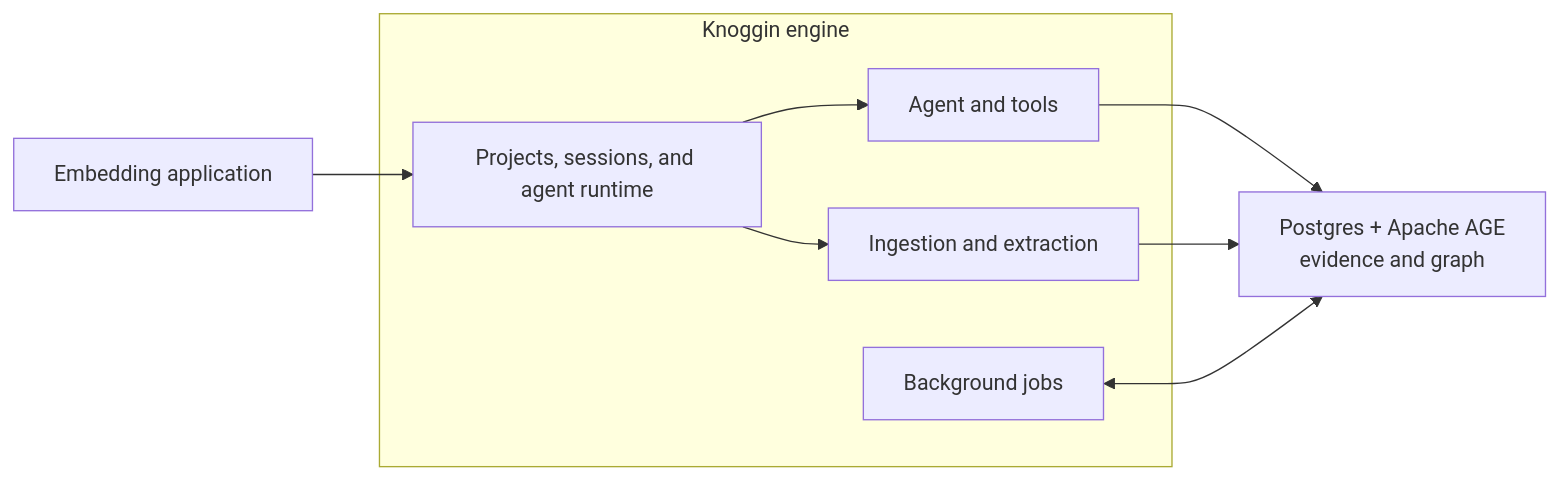
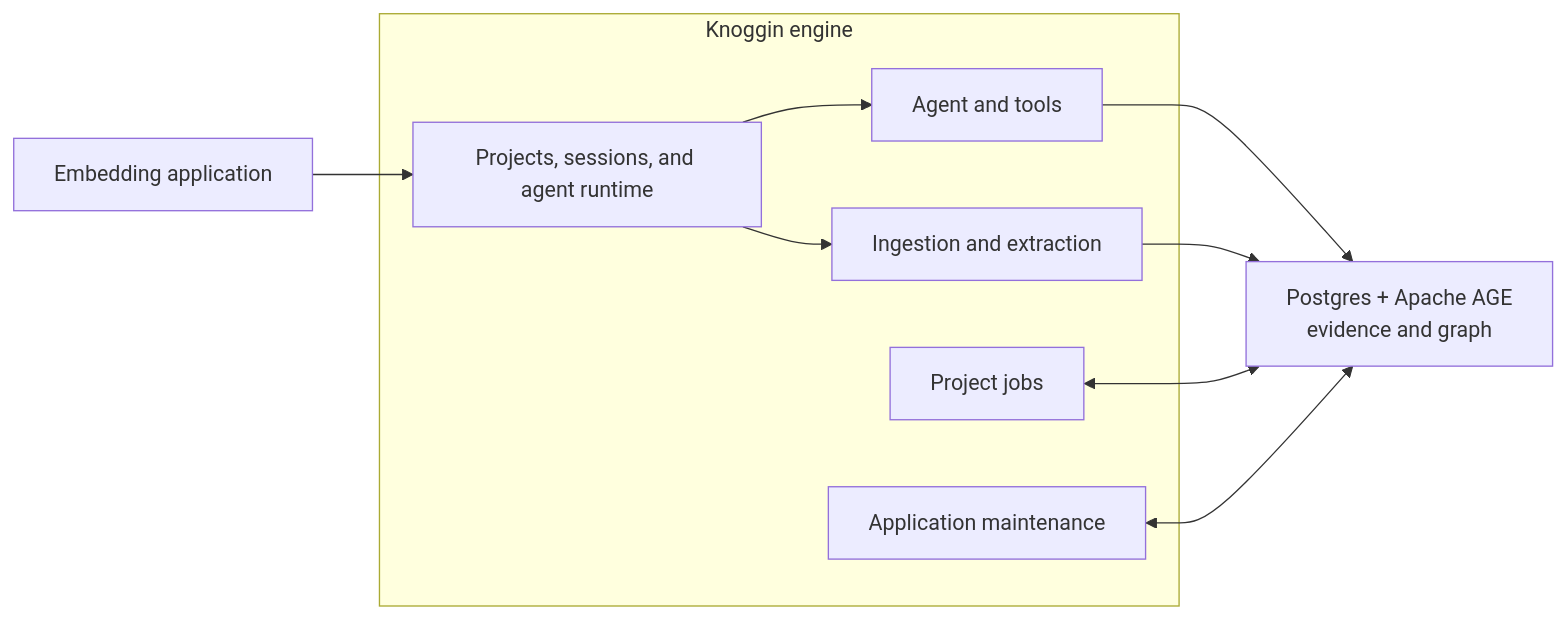
Before and after one commit to yinka3/knoggin: the diagram in README.md, drawn with Mermaid. The commit also changed other lines of this file and 52 other files, not shown here.

````diff
--- a/README.md
+++ b/README.md
@@ -21,20 +22,22 @@
 ```mermaid
 flowchart LR
     Client["Embedding application"]
 
     subgraph Engine["Knoggin engine"]
         Session["Projects, sessions, and agent runtime"]
         Agent["Agent and tools"]
         Ingest["Ingestion and extraction"]
-        Jobs["Background jobs"]
+        Jobs["Project jobs"]
+        Maintenance["Application maintenance"]
     end
 
     Store["Postgres + Apache AGE\nevidence and graph"]
 
     Client --> Session
     Session --> Agent
     Session --> Ingest
     Agent --> Store
     Ingest --> Store
     Jobs <--> Store
+    Maintenance <--> Store
 ```
````
